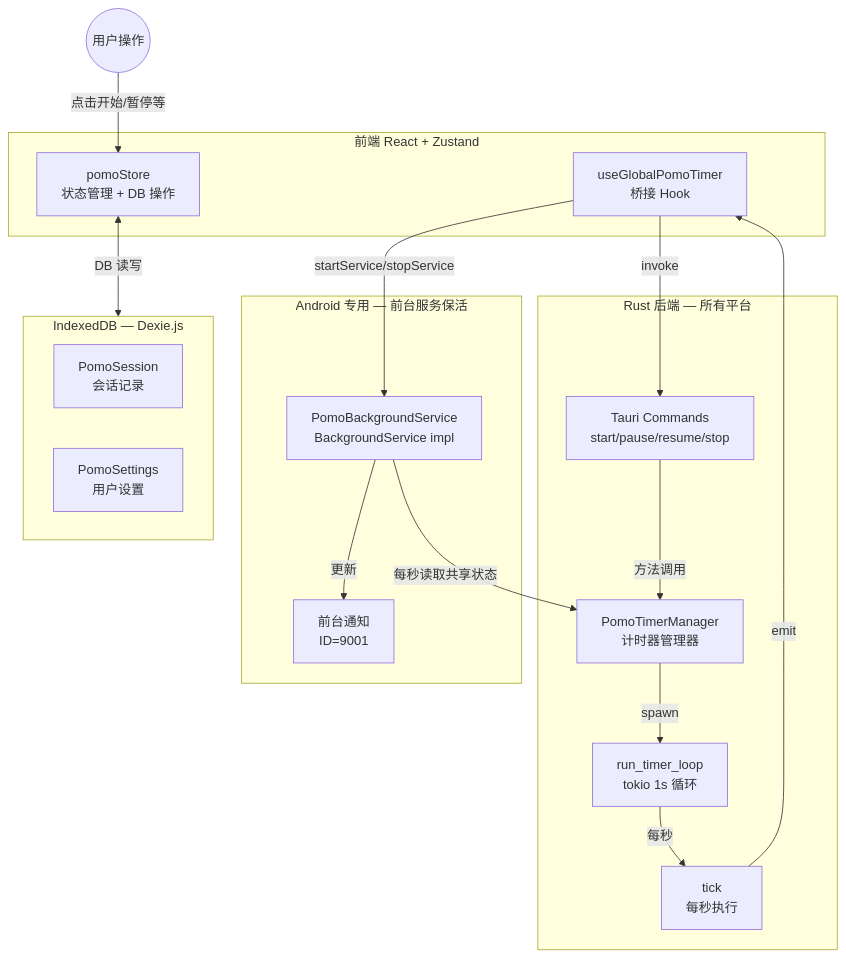
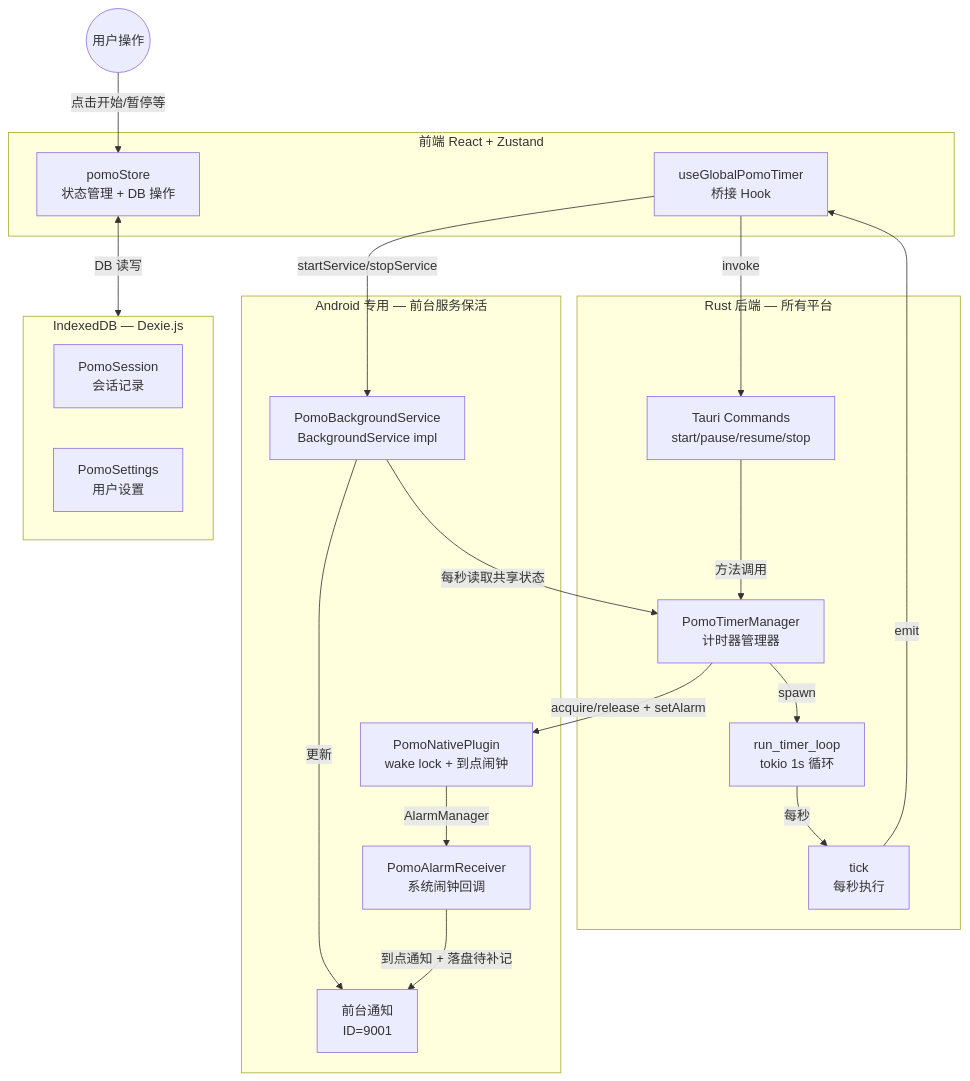
One commit to ruinb0wman/exp1 changed the first of 7 diagrams in src/docs/pomo.md. Above: the diagram before and after it, drawn with Mermaid. The commit also changed other lines of this file and 15 other files, not shown here.

````diff
--- a/src/docs/pomo.md
+++ b/src/docs/pomo.md
@@ -5,36 +5,41 @@
 ```mermaid
 flowchart TB
     subgraph Frontend["前端 React + Zustand"]
         PS[pomoStore\n状态管理 + DB 操作]
         UGPT[useGlobalPomoTimer\n桥接 Hook]
     end
 
     subgraph Rust["Rust 后端 — 所有平台"]
         PTM[PomoTimerManager\n计时器管理器]
         RTL[run_timer_loop\ntokio 1s 循环]
         TICK[tick\n每秒执行]
         CMDS[Tauri Commands\nstart/pause/resume/stop]
     end
 
     subgraph Android["Android 专用 — 前台服务保活"]
         PBS[PomoBackgroundService\nBackgroundService impl]
         FGN[前台通知\nID=9001]
+        PNP[PomoNativePlugin\nwake lock + 到点闹钟]
+        PAR[PomoAlarmReceiver\n系统闹钟回调]
     end
 
     subgraph DB["IndexedDB — Dexie.js"]
         SESS[PomoSession\n会话记录]
         SETT[PomoSettings\n用户设置]
     end
 
     User((用户操作)) -->|点击开始/暂停等| PS
     PS <-->|DB 读写| DB
     UGPT -->|invoke| CMDS
     CMDS -->|方法调用| PTM
     PTM -->|spawn| RTL
     RTL -->|每秒| TICK
     TICK -->|emit| UGPT
 
     UGPT -->|startService/stopService| PBS
     PBS -->|每秒读取共享状态| PTM
     PBS -->|更新| FGN
+    PTM -->|acquire/release + setAlarm| PNP
+    PNP -->|AlarmManager| PAR
+    PAR -->|到点通知 + 落盘待补记| FGN
 ```
````
